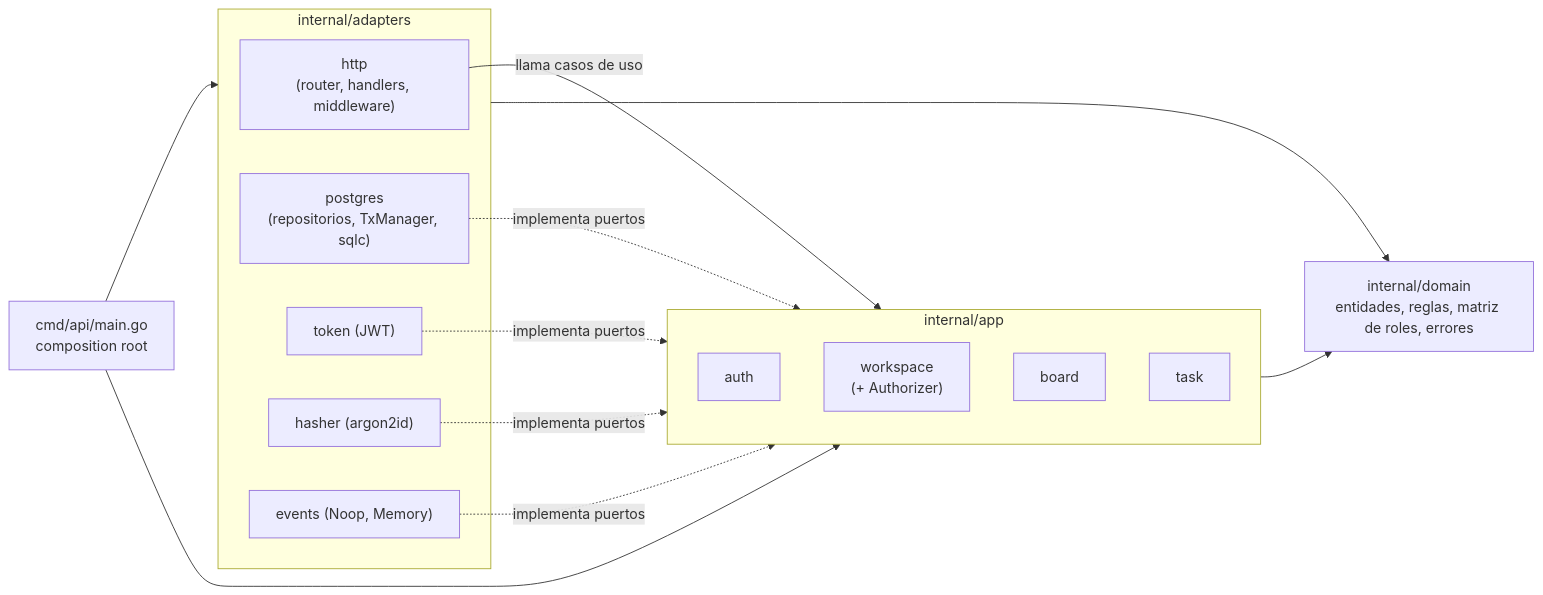
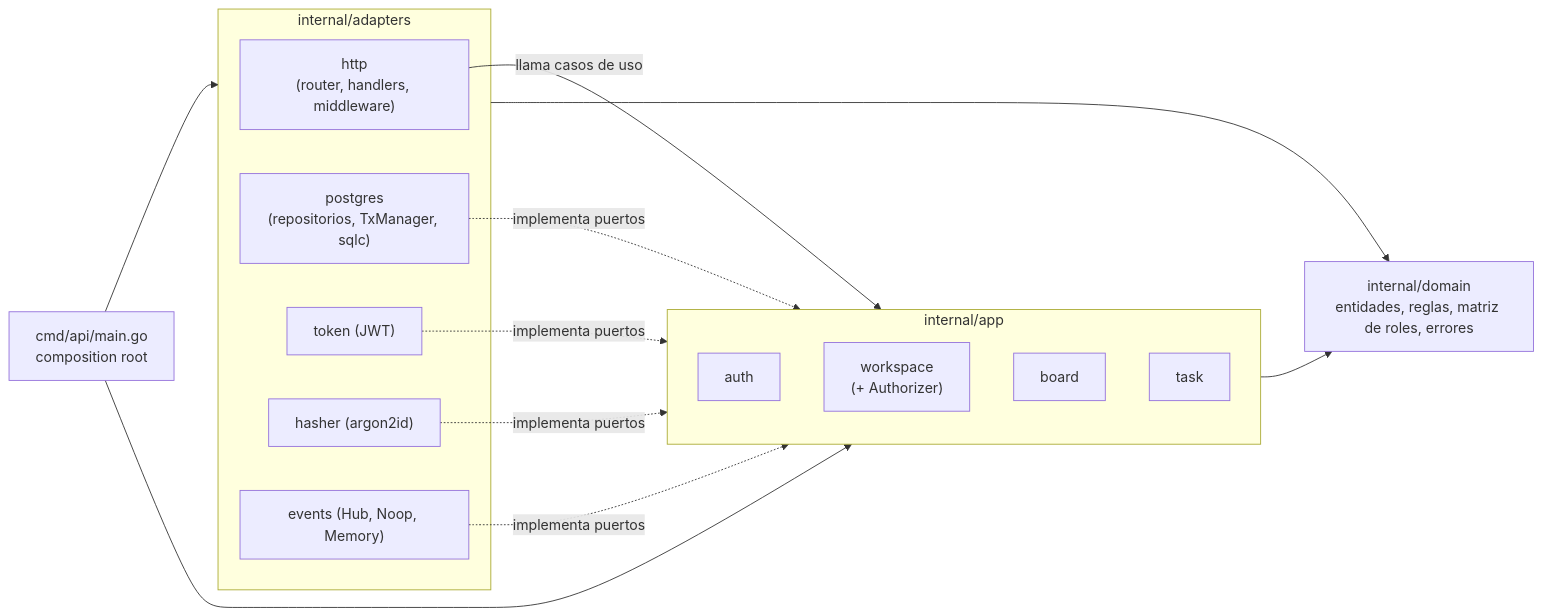
Before and after one commit to DarkApofis/tablero: the diagram in docs/DECISIONS.md, drawn with Mermaid. The commit also changed other lines of this file and 13 other files, not shown here.

````diff
--- a/docs/DECISIONS.md
+++ b/docs/DECISIONS.md
@@ -72,28 +82,28 @@
 ```mermaid
 flowchart LR
     subgraph adapters["internal/adapters"]
         http["http<br/>(router, handlers, middleware)"]
         postgres["postgres<br/>(repositorios, TxManager, sqlc)"]
         token["token (JWT)"]
         hasher["hasher (argon2id)"]
-        events["events (Noop, Memory)"]
+        events["events (Hub, Noop, Memory)"]
     end
     subgraph app["internal/app"]
         auth["auth"]
         workspace["workspace<br/>(+ Authorizer)"]
         board["board"]
         task["task"]
     end
     domain["internal/domain<br/>entidades, reglas, matriz de roles, errores"]
     main["cmd/api/main.go<br/>composition root"]
 
     http -->|llama casos de uso| app
     postgres -. implementa puertos .-> app
     token -. implementa puertos .-> app
     hasher -. implementa puertos .-> app
     events -. implementa puertos .-> app
     app --> domain
     adapters --> domain
     main --> adapters
     main --> app
 ```
````
